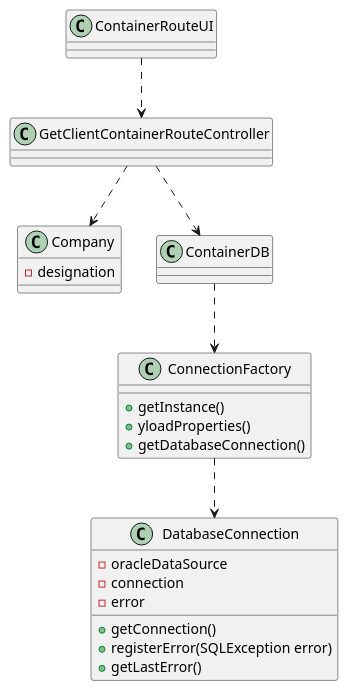
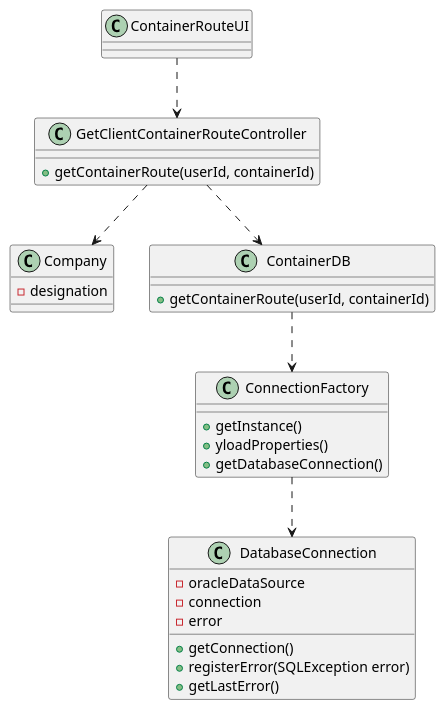
The diagram in docs/Sprint3/US305/US305_CD.puml (mpoboas/lapr3-2021-g102), drawn with PlantUML before and after one commit. The commit also changed 3 other files, not shown here.

```diff
--- a/docs/Sprint3/US305/US305_CD.puml
+++ b/docs/Sprint3/US305/US305_CD.puml
@@ -1,38 +1,40 @@
 @startuml
 'https://plantuml.com/class-diagram
 
 class Company {
 -designation
 }
 
 class ContainerRouteUI {
 }
 
 class GetClientContainerRouteController {
++getContainerRoute(userId, containerId)
 }
 
 class ContainerDB {
++getContainerRoute(userId, containerId)
 }
 
 class ConnectionFactory{
 +getInstance()
 +yloadProperties()
 +getDatabaseConnection()
 }
 
 class DatabaseConnection{
 -oracleDataSource
 -connection
 -error
 +getConnection()
 +registerError(SQLException error)
 +getLastError()
 }
 
 ContainerRouteUI ..> GetClientContainerRouteController
 GetClientContainerRouteController ..> ContainerDB
 GetClientContainerRouteController ..> Company
 ContainerDB ..> ConnectionFactory
 ConnectionFactory ..> DatabaseConnection
 
 @enduml
```
